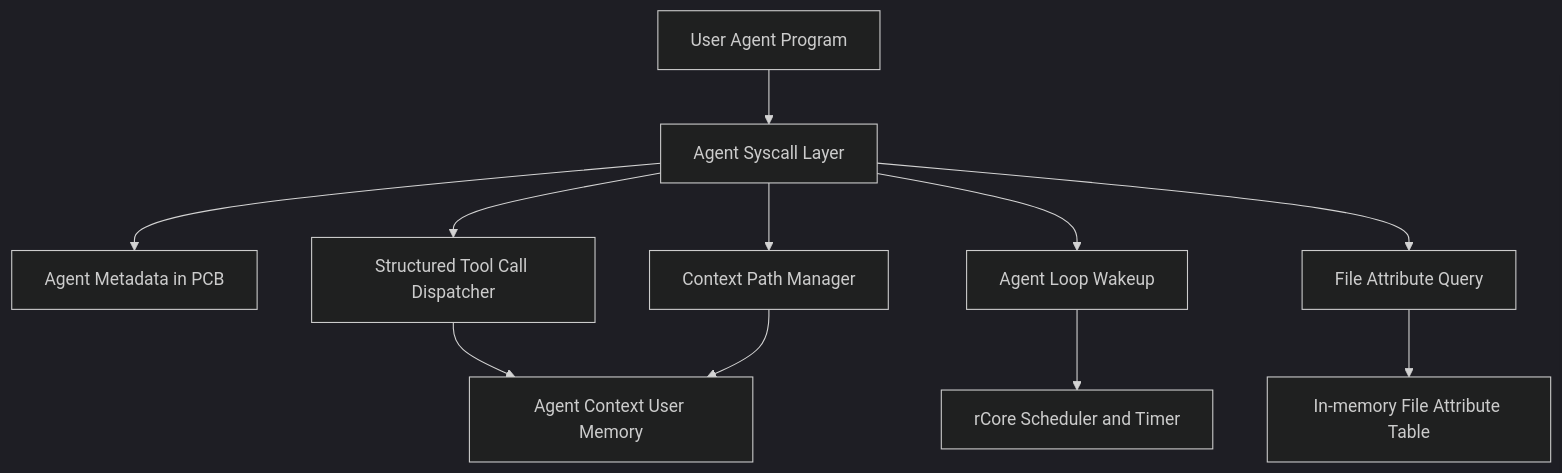
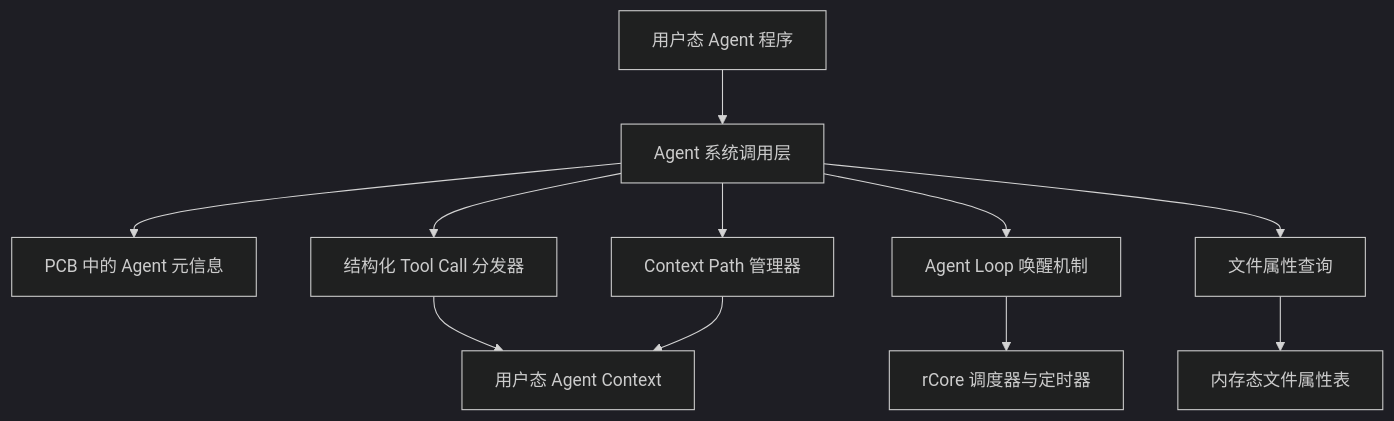
One commit to ywtshuai/AgentOS changed the first of 4 diagrams in Docs/design.md. Above: the diagram before and after it, drawn with Mermaid (dark theme). The commit also changed other lines of this file and 2 other files, not shown here.

````diff
--- a/Docs/design.md
+++ b/Docs/design.md
@@ -9,13 +9,13 @@
 ```mermaid
 flowchart TD
-    A[User Agent Program] --> B[Agent Syscall Layer]
-    B --> C[Agent Metadata in PCB]
-    B --> D[Structured Tool Call Dispatcher]
-    B --> E[Context Path Manager]
-    B --> F[Agent Loop Wakeup]
-    B --> G[File Attribute Query]
-    D --> H[Agent Context User Memory]
+    A[用户态 Agent 程序] --> B[Agent 系统调用层]
+    B --> C[PCB 中的 Agent 元信息]
+    B --> D[结构化 Tool Call 分发器]
+    B --> E[Context Path 管理器]
+    B --> F[Agent Loop 唤醒机制]
+    B --> G[文件属性查询]
+    D --> H[用户态 Agent Context]
     E --> H
-    F --> I[rCore Scheduler and Timer]
-    G --> J[In-memory File Attribute Table]
+    F --> I[rCore 调度器与定时器]
+    G --> J[内存态文件属性表]
 ```
````
